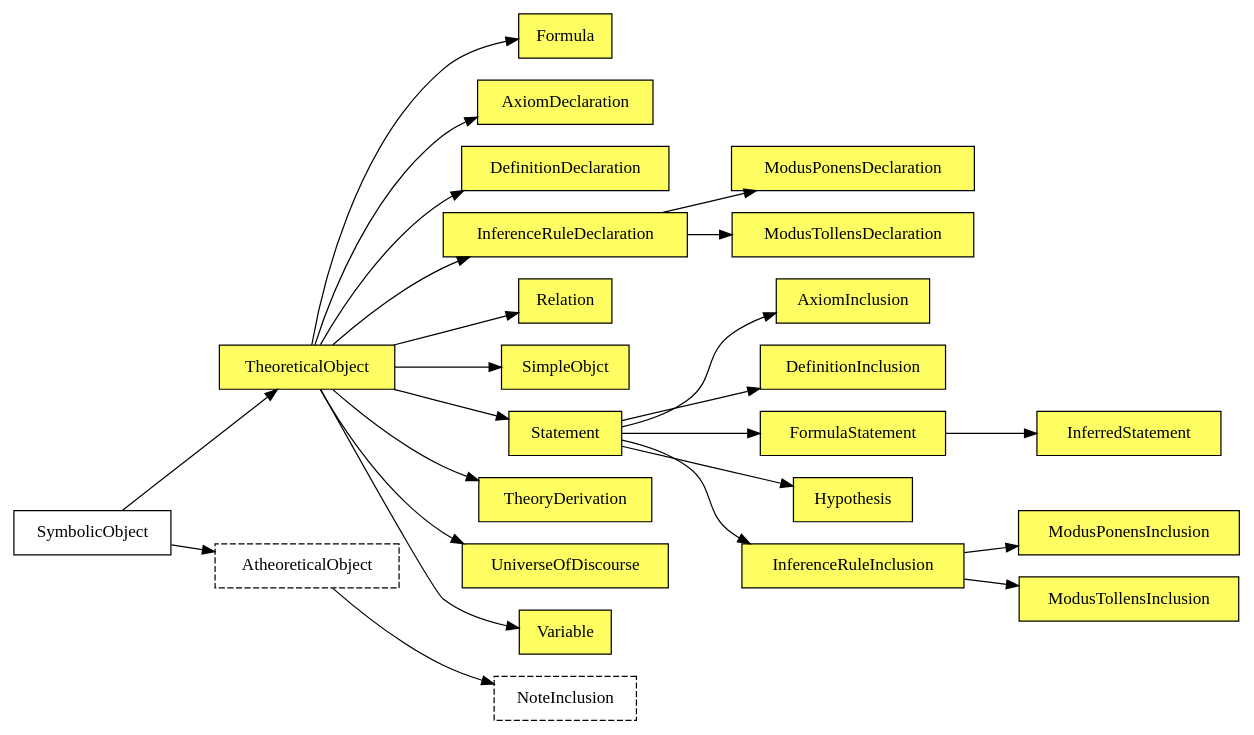
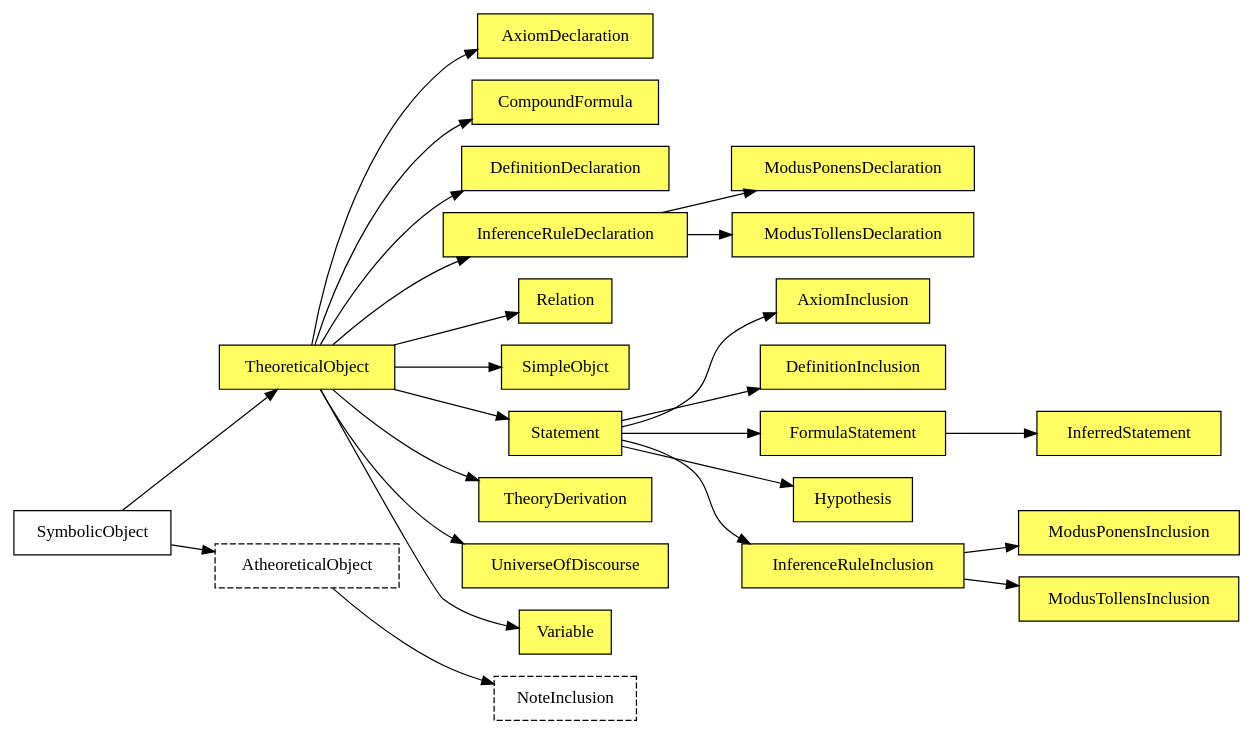
Before and after one commit to daviddoret/punctilious: the diagram in docs/source/python/class/class_diagram.rst, drawn with Graphviz. The commit also changed 177 other files, not shown here.

```diff
--- a/docs/source/python/class/class_diagram.rst
+++ b/docs/source/python/class/class_diagram.rst
@@ -14,58 +14,58 @@
 .. graphviz::
 
    digraph "Punctilious data model" {
       rankdir = LR;
       node [shape=box];
       fontname="Arial";
       fontsize="20pt";
 
       TheoreticalObject [style=filled, fillcolor="#FEFE62"];
-      Formula [style=filled, fillcolor="#FEFE62"];
       AxiomDeclaration [style=filled, fillcolor="#FEFE62"];
+      CompoundFormula [style=filled, fillcolor="#FEFE62"];
       DefinitionDeclaration [style=filled, fillcolor="#FEFE62"];
       InferenceRuleDeclaration [style=filled, fillcolor="#FEFE62"];
       Relation [style=filled, fillcolor="#FEFE62"];
       SimpleObjct [style=filled, fillcolor="#FEFE62"];
       Statement [style=filled, fillcolor="#FEFE62"];
       TheoryDerivation [style=filled, fillcolor="#FEFE62"];
       UniverseOfDiscourse [style=filled, fillcolor="#FEFE62"];
       Variable [style=filled, fillcolor="#FEFE62"];
       AxiomInclusion [style=filled, fillcolor="#FEFE62"];
       DefinitionInclusion [style=filled, fillcolor="#FEFE62"];
       FormulaStatement [style=filled, fillcolor="#FEFE62"];
       Hypothesis [style=filled, fillcolor="#FEFE62"];
       InferenceRuleInclusion [style=filled, fillcolor="#FEFE62"];
       ModusPonensInclusion [style=filled, fillcolor="#FEFE62"];
       ModusTollensInclusion [style=filled, fillcolor="#FEFE62"];
       ModusPonensDeclaration [style=filled, fillcolor="#FEFE62"];
       ModusTollensDeclaration [style=filled, fillcolor="#FEFE62"];
       InferredStatement [style=filled, fillcolor="#FEFE62"];
 
       AtheoreticalObject [style=dashed];
       NoteInclusion [style=dashed];
 
       "SymbolicObject" -> "AtheoreticalObject";
       "SymbolicObject" -> "TheoreticalObject";
-      "TheoreticalObject" -> "Formula";
       "TheoreticalObject" -> "AxiomDeclaration";
+      "TheoreticalObject" -> "CompoundFormula";
       "TheoreticalObject" -> "DefinitionDeclaration";
       "TheoreticalObject" -> "InferenceRuleDeclaration";
       "TheoreticalObject" -> "Relation";
       "TheoreticalObject" -> "SimpleObjct";
       "TheoreticalObject" -> "Statement";
       "TheoreticalObject" -> "TheoryDerivation";
       "TheoreticalObject" -> "UniverseOfDiscourse";
       "TheoreticalObject" -> "Variable";
       "Statement" -> "AxiomInclusion";
       "Statement" -> "DefinitionInclusion";
       "Statement" -> "FormulaStatement";
       "Statement" -> "Hypothesis";
       "Statement" -> "InferenceRuleInclusion";
       "InferenceRuleInclusion" -> "ModusPonensInclusion";
       "InferenceRuleInclusion" -> "ModusTollensInclusion";
       "InferenceRuleDeclaration" -> "ModusPonensDeclaration";
       "InferenceRuleDeclaration" -> "ModusTollensDeclaration";
       "AtheoreticalObject" -> "NoteInclusion";
       "FormulaStatement" -> "InferredStatement";
 
    }
```
